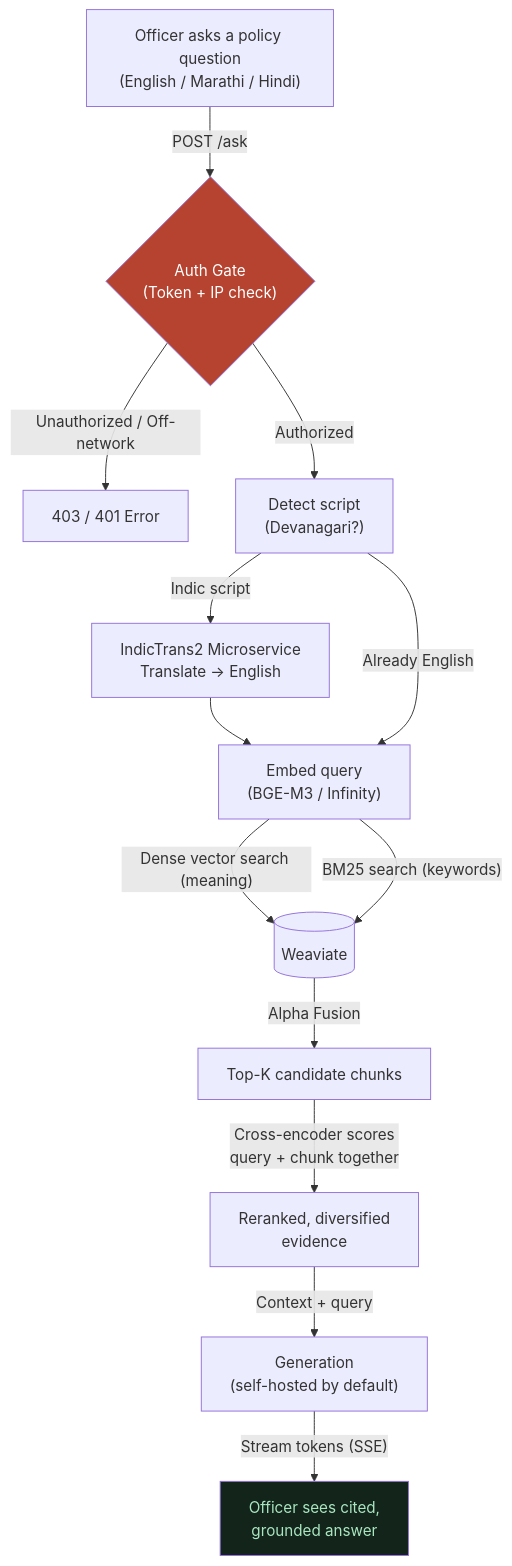
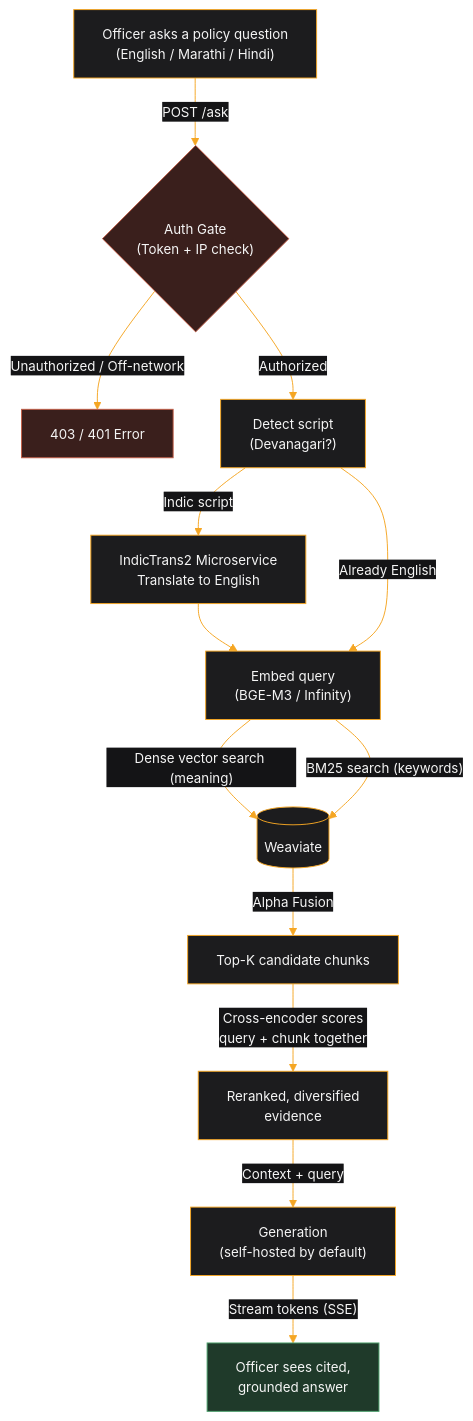
One commit to pushkqr/gov-assist-rag changed the diagram in learning/00-the-big-picture.md. Above: the diagram before and after it, drawn with Mermaid. The commit also changed 1 other file, not shown here.

Commit message:
docs: theme the diagrams and add the two the deck was missing
Every mermaid source now carries an %%{init}%% block with the same palette:
near-black fills, amber borders and connectors, light text, Helvetica. The
point is that a screenshot taken straight from a rendered preview sits on a
slide without being recoloured by hand first.

Two diagrams are new. "Logical components" says what the parts are and how
they relate before anything about where they run, drawing ingestion and
retrieval as separate pipelines over the same three services. "Deployment
modes" draws the generation switch, with everything that reads the corpus
inside a single box marked identical in both modes, which is the whole
argument for why sovereign is a configuration change and not a migration.

The flowcharts also stop rendering a literal \n inside node labels. Mermaid
wants <br/>, so five boxes in the pipeline diagram had been showing the
escape sequence as text.

````diff
--- a/learning/00-the-big-picture.md
+++ b/learning/00-the-big-picture.md
@@ -22,18 +22,36 @@
 ```mermaid
+%%{init: {
+  'theme': 'base',
+  'themeVariables': {
+    'primaryColor': '#1C1C1E',
+    'primaryTextColor': '#F5F5F5',
+    'primaryBorderColor': '#F5A623',
+    'lineColor': '#F5A623',
+    'secondaryColor': '#2A2A2E',
+    'tertiaryColor': '#141416',
+    'fontFamily': 'Helvetica, Arial, sans-serif',
+    'fontSize': '14px',
+    'clusterBkg': '#141416',
+    'clusterBorder': '#8C6D1F',
+    'edgeLabelBackground': '#141416',
+    'nodeTextColor': '#F5F5F5'
+  }
+} }%%
 flowchart TD
-    Q["Officer asks a policy question\n(English / Marathi / Hindi)"] -->|"POST /ask"| A{"Auth Gate\n(Token + IP check)"}
+    Q["Officer asks a policy question<br/>(English / Marathi / Hindi)"] -->|"POST /ask"| A{"Auth Gate<br/>(Token + IP check)"}
     A -- "Unauthorized / Off-network" --> Z["403 / 401 Error"]
-    A -- "Authorized" --> T["Detect script\n(Devanagari?)"]
-    T -- "Indic script" --> TR["IndicTrans2 Microservice\nTranslate → English"]
+    A -- "Authorized" --> T["Detect script<br/>(Devanagari?)"]
+    T -- "Indic script" --> TR["IndicTrans2 Microservice<br/>Translate to English"]
     TR --> E
-    T -- "Already English" --> E["Embed query\n(BGE-M3 / Infinity)"]
+    T -- "Already English" --> E["Embed query<br/>(BGE-M3 / Infinity)"]
     E -->|"Dense vector search (meaning)"| W[("Weaviate")]
     E -->|"BM25 search (keywords)"| W
     W -->|"Alpha Fusion"| F["Top-K candidate chunks"]
-    F -->|"Cross-encoder scores\nquery + chunk together"| R["Reranked, diversified\nevidence"]
-    R -->|"Context + query"| G["Generation\n(self-hosted by default)"]
-    G -->|"Stream tokens (SSE)"| H["Officer sees cited,\ngrounded answer"]
+    F -->|"Cross-encoder scores<br/>query + chunk together"| R["Reranked, diversified<br/>evidence"]
+    R -->|"Context + query"| G["Generation<br/>(self-hosted by default)"]
+    G -->|"Stream tokens (SSE)"| H["Officer sees cited,<br/>grounded answer"]
 
-    style A fill:#b5432f,color:#fff
-    style H fill:#13241a,color:#a9e6c0
+    style A fill:#3A1F1C,stroke:#C25C46,color:#F5F5F5
+    style Z fill:#3A1F1C,stroke:#C25C46,color:#F5F5F5
+    style H fill:#1F3A2A,stroke:#4FA36F,color:#F5F5F5
 ```
````
